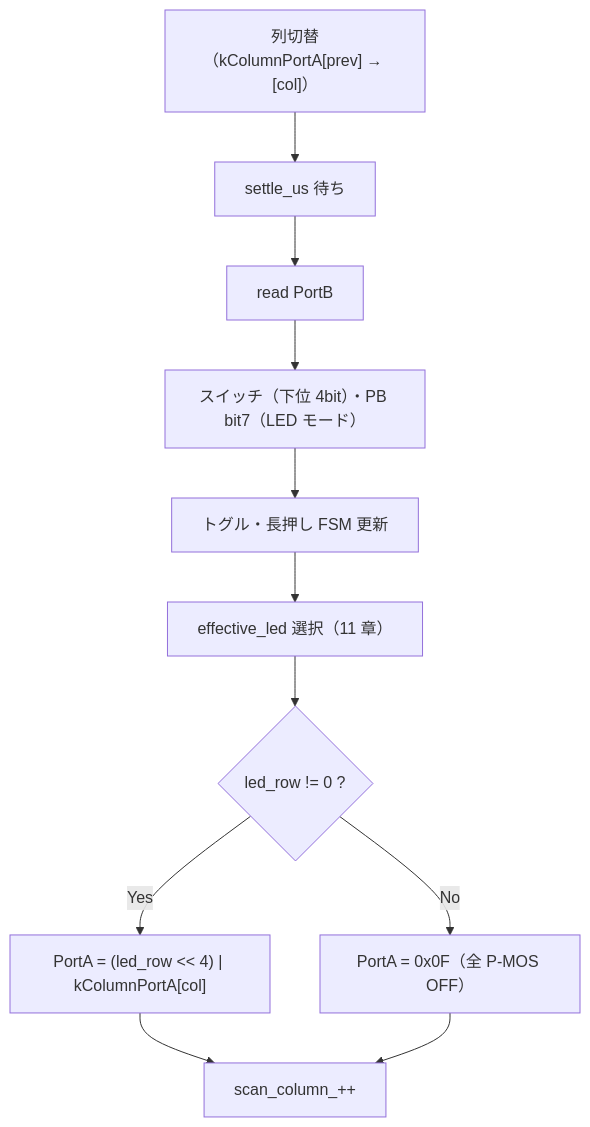
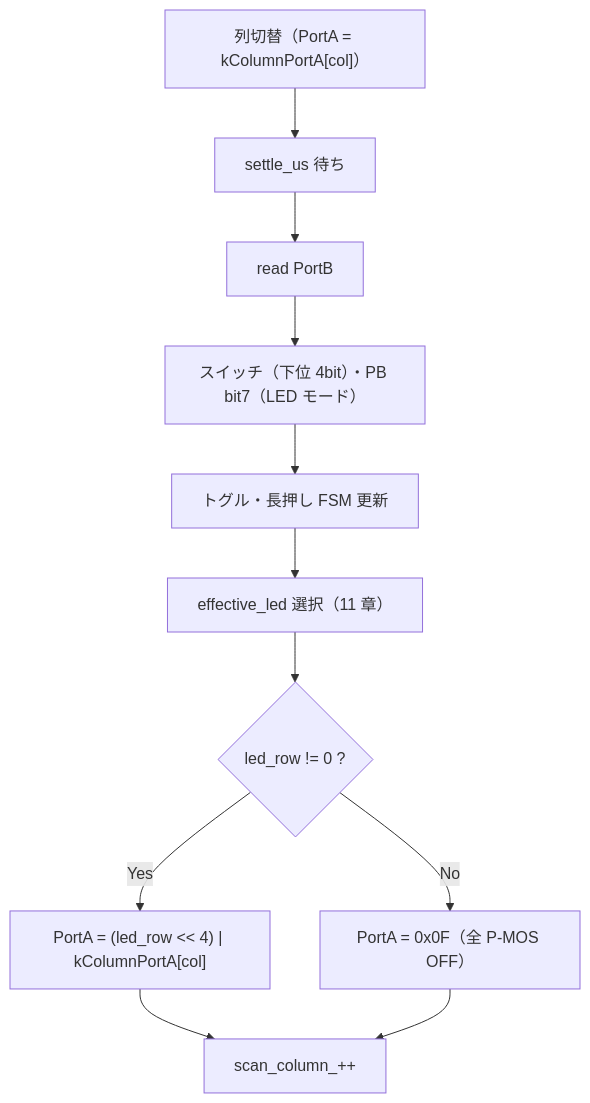
One commit to 46nori/FMSynthEnsembleV3 changed the third of 6 diagrams in doc/design_midi_panel.md. Above: the diagram before and after it, drawn with Mermaid. The commit also changed other lines of this file and 42 other files, not shown here.

````diff
--- a/doc/design_midi_panel.md
+++ b/doc/design_midi_panel.md
@@ -206,13 +206,13 @@
 ```mermaid
 flowchart TD
-    A["列切替（kColumnPortA[prev] → [col]）"] --> B["settle_us 待ち"]
+    A["列切替（PortA = kColumnPortA[col]）"] --> B["settle_us 待ち"]
     B --> C["read PortB"]
     C --> D["スイッチ（下位 4bit）・PB bit7（LED モード）"]
     D --> E["トグル・長押し FSM 更新"]
     E --> F["effective_led 選択（11 章）"]
     F --> G{"led_row != 0 ?"}
     G -- Yes --> H["PortA = (led_row << 4) | kColumnPortA[col]"]
     G -- No --> I["PortA = 0x0F（全 P-MOS OFF）"]
     H --> J["scan_column_++"]
     I --> J
 ```
````
